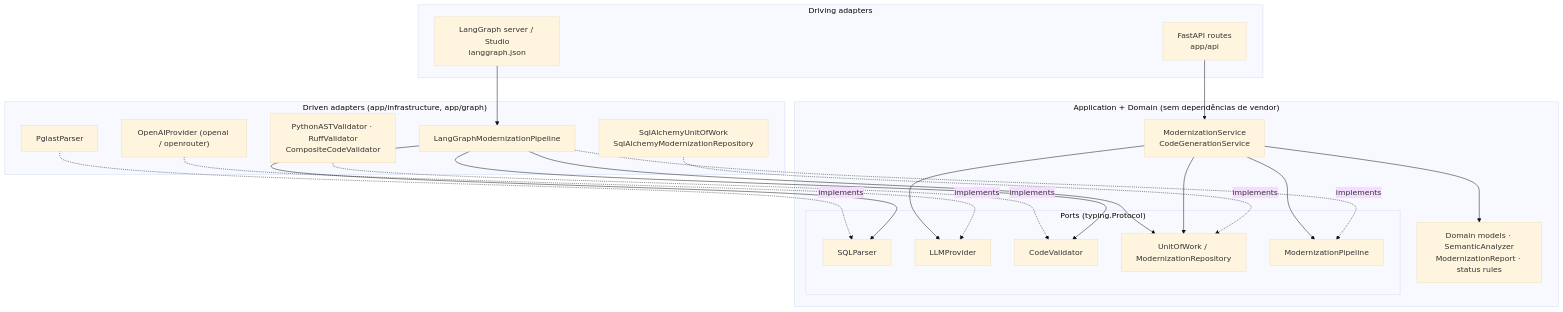
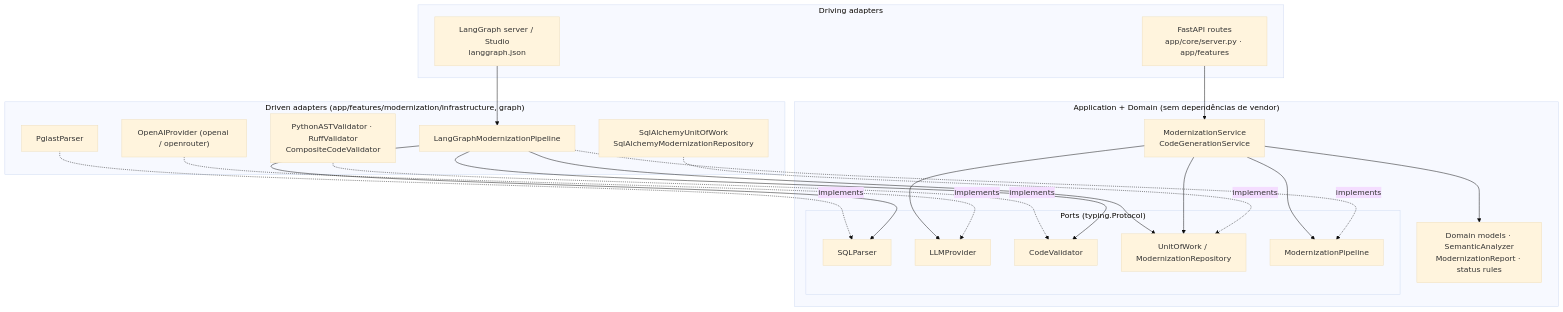
One commit to pedro-nuness/desafio-tecnico-sql-python changed the second of 3 diagrams in README.md. Above: the diagram before and after it, drawn with Mermaid (base theme). The commit also changed other lines of this file and 107 other files, not shown here.

````diff
--- a/README.md
+++ b/README.md
@@ -171,42 +171,42 @@
 ```mermaid
 flowchart TB
     subgraph Driving["Driving adapters"]
-        FASTAPI["FastAPI routes<br/>app/api"]
+        FASTAPI["FastAPI routes<br/>app/core/server.py · app/features"]
         LGCLI["LangGraph server / Studio<br/>langgraph.json"]
     end
 
     subgraph Core["Application + Domain (sem dependências de vendor)"]
         SVC["ModernizationService<br/>CodeGenerationService"]
         DOM["Domain models · SemanticAnalyzer<br/>ModernizationReport · status rules"]
         subgraph Ports["Ports (typing.Protocol)"]
             P1["SQLParser"]
             P2["LLMProvider"]
             P3["CodeValidator"]
             P4["UnitOfWork / ModernizationRepository"]
             P5["ModernizationPipeline"]
         end
     end
 
-    subgraph Driven["Driven adapters (app/infrastructure, app/graph)"]
+    subgraph Driven["Driven adapters (app/features/modernization/infrastructure, graph)"]
         A1["PglastParser"]
         A2["OpenAIProvider (openai / openrouter)"]
         A3["PythonASTValidator · RuffValidator<br/>CompositeCodeValidator"]
         A4["SqlAlchemyUnitOfWork<br/>SqlAlchemyModernizationRepository"]
         A5["LangGraphModernizationPipeline"]
     end
 
     FASTAPI --> SVC
     LGCLI --> A5
     A5 --> P4
     SVC --> DOM
     SVC --> P4
     SVC --> P5
     SVC --> P2
     A1 -. implements .-> P1
     A2 -. implements .-> P2
     A3 -. implements .-> P3
     A4 -. implements .-> P4
     A5 -. implements .-> P5
     A5 --> P1
     A5 --> P3
 ```
````
